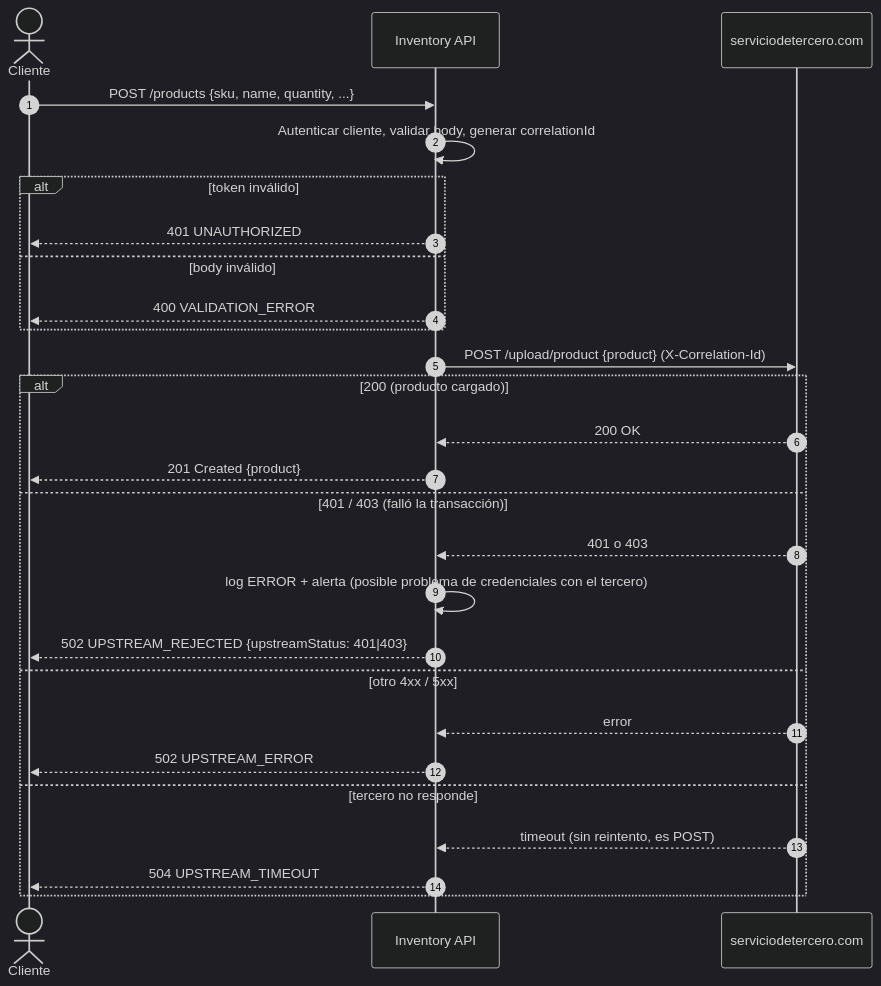
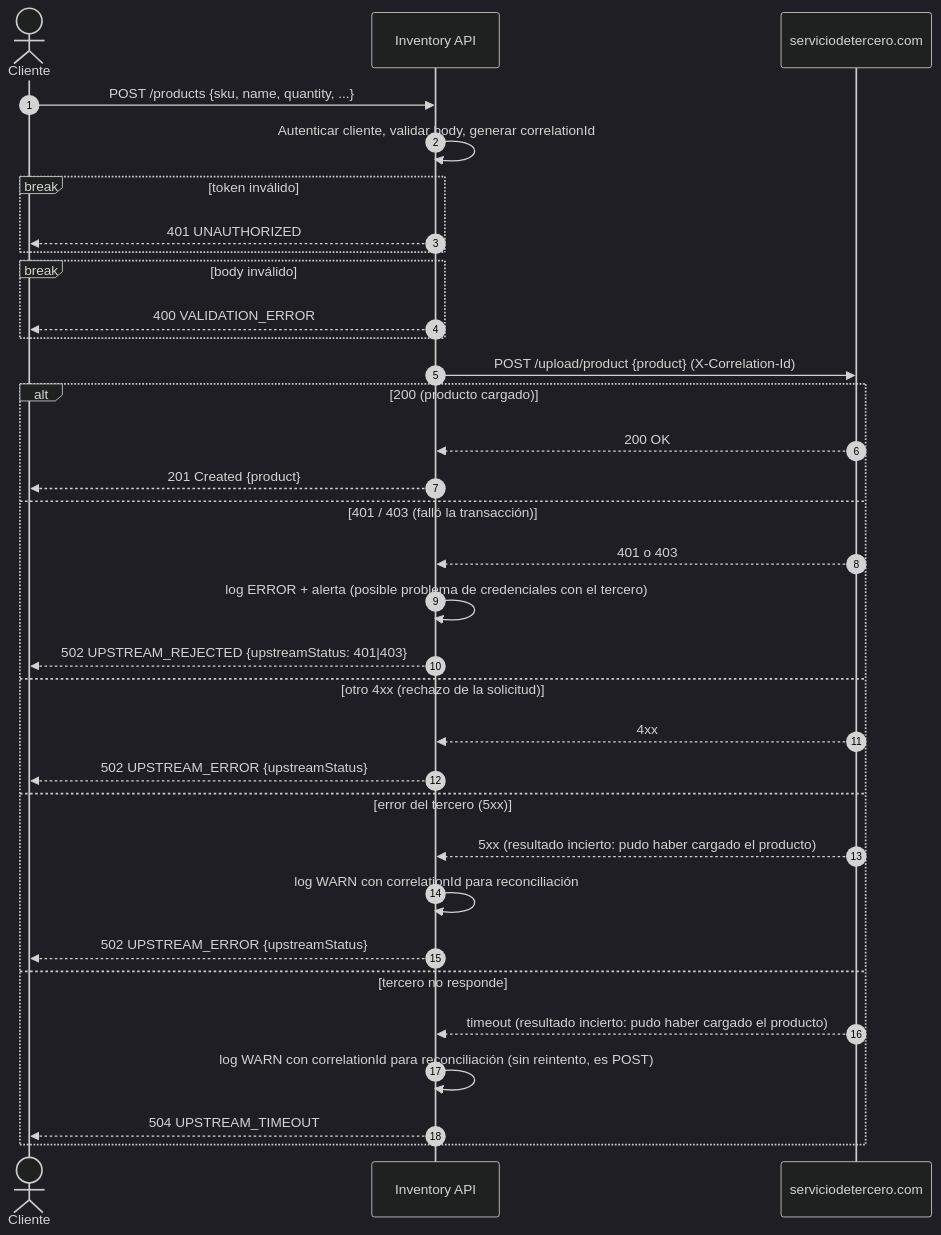
Before and after one commit to danisajuarez/toolbox-challenge: the third of 3 diagrams in 04-inventory-integration/dss.md, drawn with Mermaid (dark theme). The commit also changed other lines of this file and 3 other files, not shown here.

Commit message:
fix(inventory): address review findings on schema, flow termination and write failure semantics

````diff
--- a/04-inventory-integration/dss.md
+++ b/04-inventory-integration/dss.md
@@ -97,31 +107,37 @@
 ```mermaid
 sequenceDiagram
     autonumber
     actor C as Cliente
     participant API as Inventory API
     participant T as serviciodetercero.com
 
     C->>API: POST /products {sku, name, quantity, ...}
     API->>API: Autenticar cliente, validar body, generar correlationId
-    alt token inválido
+    break token inválido
         API-->>C: 401 UNAUTHORIZED
-    else body inválido
+    end
+    break body inválido
         API-->>C: 400 VALIDATION_ERROR
     end
 
     API->>T: POST /upload/product {product} (X-Correlation-Id)
     alt 200 (producto cargado)
         T-->>API: 200 OK
         API-->>C: 201 Created {product}
     else 401 / 403 (falló la transacción)
         T-->>API: 401 o 403
         API->>API: log ERROR + alerta (posible problema de credenciales con el tercero)
         API-->>C: 502 UPSTREAM_REJECTED {upstreamStatus: 401|403}
-    else otro 4xx / 5xx
-        T-->>API: error
-        API-->>C: 502 UPSTREAM_ERROR
+    else otro 4xx (rechazo de la solicitud)
+        T-->>API: 4xx
+        API-->>C: 502 UPSTREAM_ERROR {upstreamStatus}
+    else error del tercero (5xx)
+        T-->>API: 5xx (resultado incierto: pudo haber cargado el producto)
+        API->>API: log WARN con correlationId para reconciliación
+        API-->>C: 502 UPSTREAM_ERROR {upstreamStatus}
     else tercero no responde
-        T-->>API: timeout (sin reintento, es POST)
+        T-->>API: timeout (resultado incierto: pudo haber cargado el producto)
+        API->>API: log WARN con correlationId para reconciliación (sin reintento, es POST)
         API-->>C: 504 UPSTREAM_TIMEOUT
     end
 ```
````
